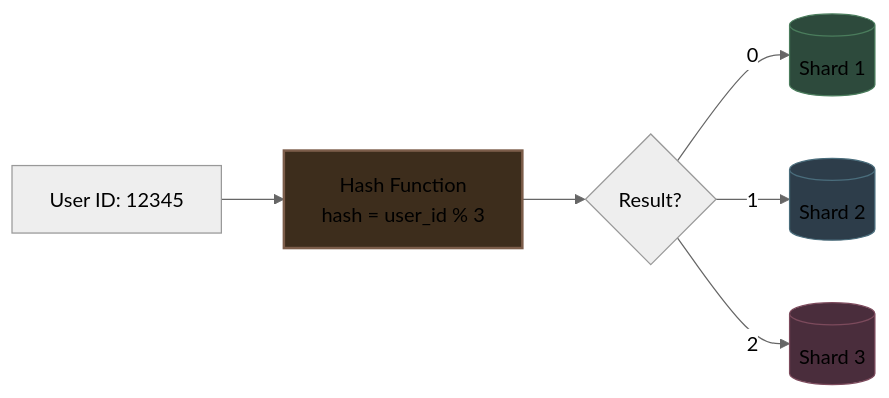
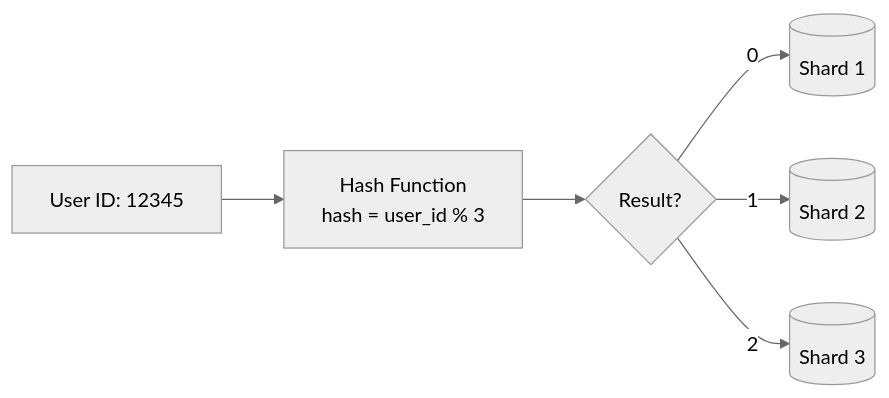
One commit to Yash-Kavaiya/The-System-Design-Masterclass changed diagram 16 of 19 in system design beginner/7. Scaling Databases.md. Above: the diagram before and after it, drawn with Mermaid (neutral theme). The commit also changed other lines of this file, not shown here.

````diff
--- a/system design beginner/7. Scaling Databases.md
+++ b/system design beginner/7. Scaling Databases.md
@@ -507,18 +458,14 @@
 ```mermaid
 graph LR
     KEY[User ID: 12345]
     HASH[Hash Function<br/>hash = user_id % 3]
     
     KEY --> HASH
     
     HASH --> RESULT{Result?}
     
     RESULT -->|0| S1[(Shard 1)]
     RESULT -->|1| S2[(Shard 2)]
     RESULT -->|2| S3[(Shard 3)]
     
-    style HASH fill:#3d2d1c,stroke:#7c5d4a,stroke-width:2px
-    style S1 fill:#2d4a3c,stroke:#4a7c5c
-    style S2 fill:#2d3d4a,stroke:#4a6d7c
-    style S3 fill:#4a2d3c,stroke:#7c4a5c
 ```
````
